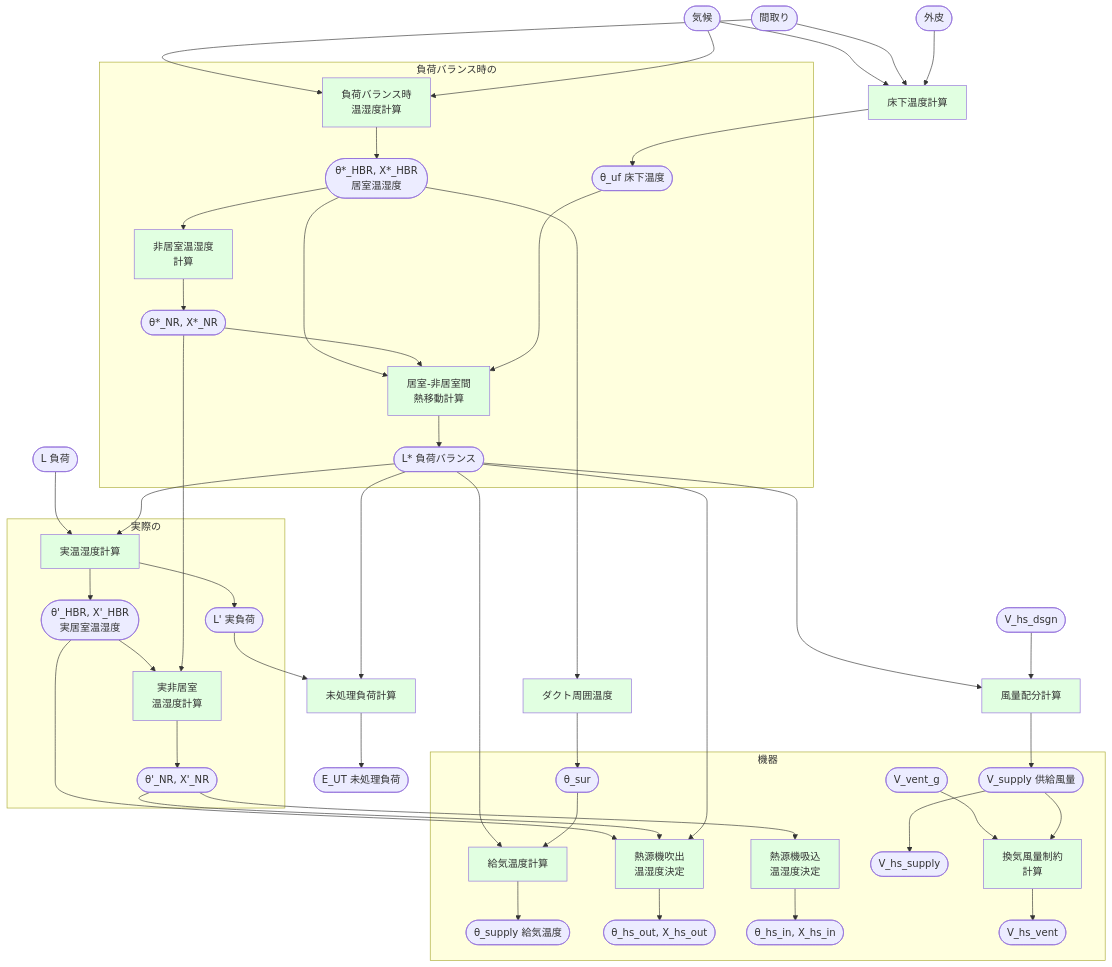
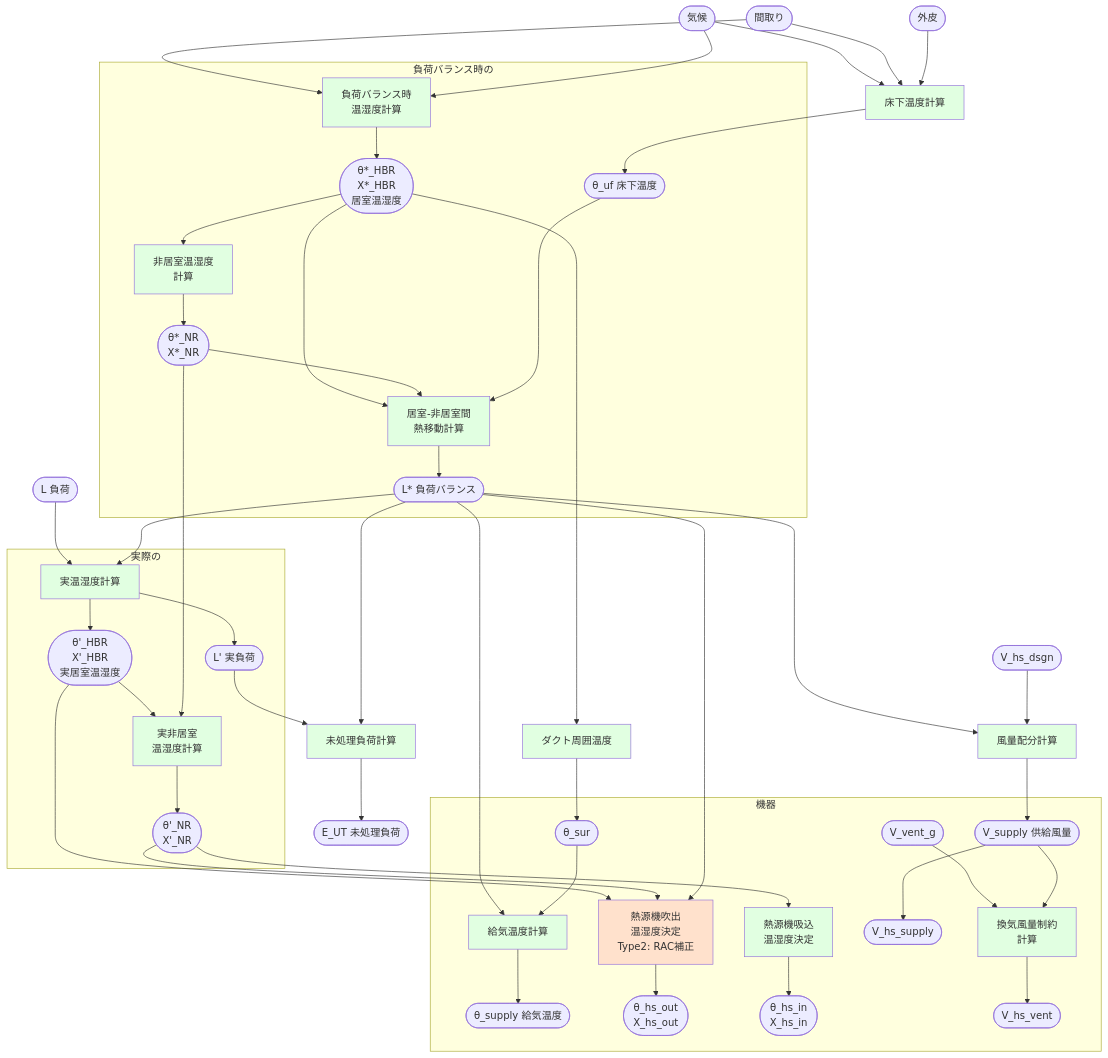
The third of 6 diagrams in src/docs/プロセスモデル_消費電力計算_標準.md (izumi-system-development/pyhees-jjj), drawn with Mermaid before and after one commit. The commit also changed other lines of this file, not shown here.

````diff
--- a/src/docs/プロセスモデル_消費電力計算_標準.md
+++ b/src/docs/プロセスモデル_消費電力計算_標準.md
@@ -153,9 +182,9 @@
 Clima --> BalCalc
 
 subgraph 負荷バランス時の
-    BalCalc --> Theta_star([θ*_HBR, X*_HBR<br/>居室温湿度])
+    BalCalc --> Theta_star([θ*_HBR<br/>X*_HBR<br/>居室温湿度])
     Theta_star --> NR_star[非居室温湿度<br/>計算]
-    NR_star --> Theta_NR_star([θ*_NR, X*_NR])
+    NR_star --> Theta_NR_star([θ*_NR<br/>X*_NR])
 
     Theta_star --> Trans[居室-非居室間<br/>熱移動計算]
     Theta_NR_star --> Trans
@@ -167,11 +196,11 @@
 L_bal --> ActCalc
 
 subgraph 実際の
-    ActCalc --> Theta_dash([θ'_HBR, X'_HBR<br/>実居室温湿度])
+    ActCalc --> Theta_dash([θ'_HBR<br/>X'_HBR<br/>実居室温湿度])
     ActCalc --> L_dash([L' 実負荷])
     Theta_dash --> NR_dash[実非居室<br/>温湿度計算]
     Theta_NR_star --> NR_dash
-    NR_dash --> Theta_NR_dash([θ'_NR, X'_NR])
+    NR_dash --> Theta_NR_dash([θ'_NR<br/>X'_NR])
 end
 
 %% 未処理負荷
@@ -191,13 +220,13 @@
     Theta_sur --> Temp
     Temp --> Theta_supply([θ_supply 給気温度])
 
-    Theta_dash --> HsOut[熱源機吹出<br/>温湿度決定]
+    Theta_dash --> HsOut[熱源機吹出<br/>温湿度決定<br/>Type2: RAC補正]
     Theta_NR_dash --> HsOut
     L_bal --> HsOut
-    HsOut --> Out_hs([θ_hs_out, X_hs_out])
+    HsOut --> Out_hs([θ_hs_out<br/>X_hs_out])
 
     Theta_NR_dash --> HsIn[熱源機吸込<br/>温湿度決定]
-    HsIn --> In_hs([θ_hs_in, X_hs_in])
+    HsIn --> In_hs([θ_hs_in<br/>X_hs_in])
 
     V_sup --> V_hs_sup([V_hs_supply])
 
@@ -216,7 +245,7 @@
 style Vol fill:#e1ffe1
 style Duct fill:#e1ffe1
 style Temp fill:#e1ffe1
-style HsOut fill:#e1ffe1
+style HsOut fill:#ffe1cc
 style HsIn fill:#e1ffe1
 style VentCalc fill:#e1ffe1
 ```
````
